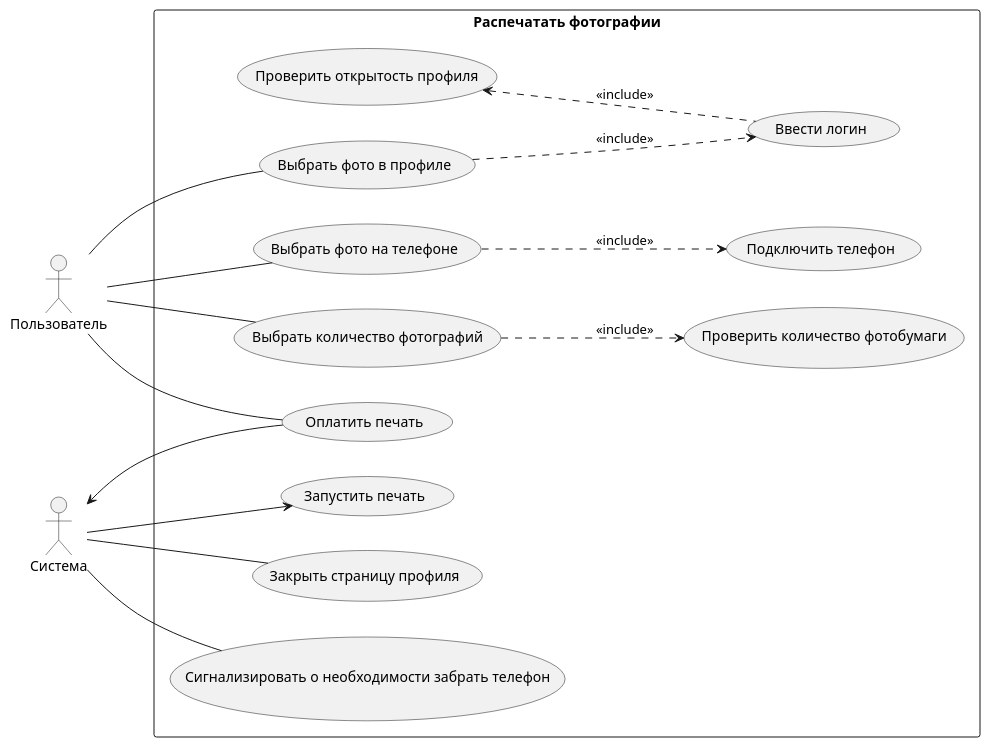
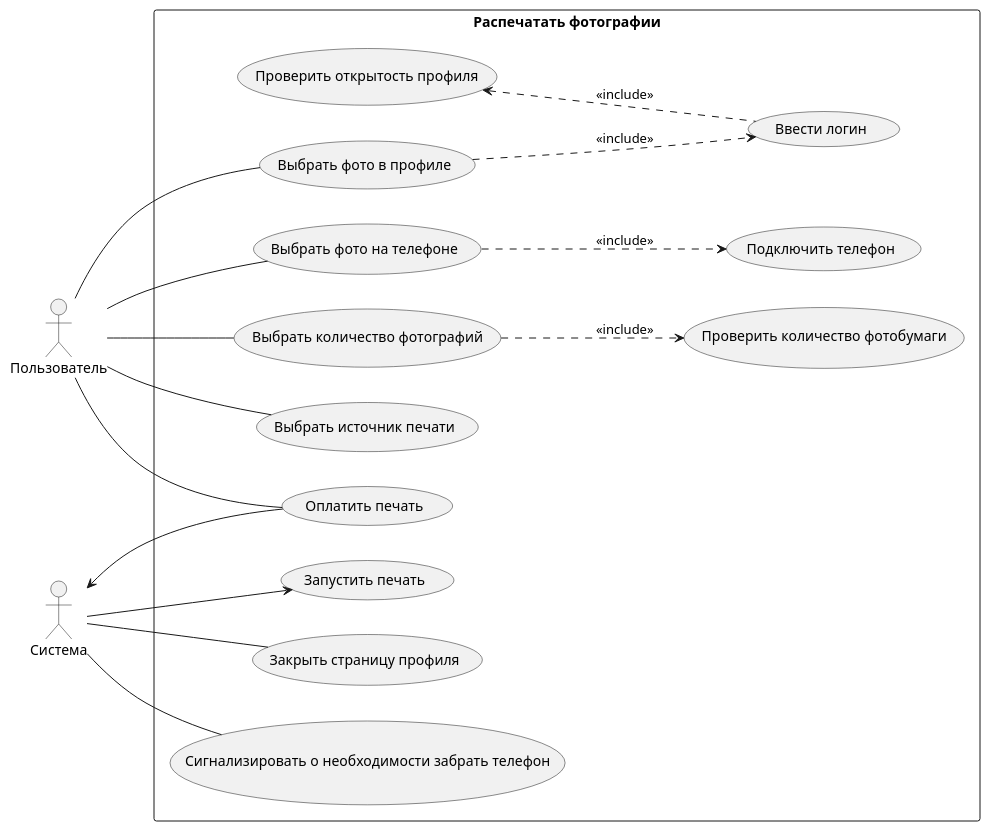
The diagram in Notes/Системная аналитика/Курсы от нетологии/Раздел 3. Анализ требований/Итоговая работа по модулю.md (PopkovAYu/Notes), drawn with PlantUML before and after one commit. The commit also changed other lines of this file, not shown here.

````diff
--- a/Notes/Системная аналитика/Курсы от нетологии/Раздел 3. Анализ требований/Итоговая работа по модулю.md
+++ b/Notes/Системная аналитика/Курсы от нетологии/Раздел 3. Анализ требований/Итоговая работа по модулю.md
@@ -72,24 +72,24 @@
 ```plantuml
 @startuml
 actor Пользователь as user
 actor Система as sys
 
 rectangle "Распечатать фотографии" {
 left to right direction
+	user -- (Выбрать источник печати)
 	user -- (Выбрать фото в профиле)
 	(Выбрать фото в профиле) ..> (Ввести логин) : <<include>>
 	(Ввести логин) .up.> (Проверить открытость профиля) : <<include>>
 	user -- (Выбрать фото на телефоне)
 	(Выбрать фото на телефоне) ..> (Подключить телефон) : <<include>>
 	user -- (Выбрать количество фотографий)
 	(Выбрать количество фотографий) ..> (Проверить количество фотобумаги) : <<include>>
 	user -- (Оплатить печать)
 	(Оплатить печать) --> sys
 	sys --> (Запустить печать)
 	sys -- (Закрыть страницу профиля)
 	sys -- (Сигнализировать о необходимости забрать телефон)
-	
 
 }
 @enduml
 ```
````
